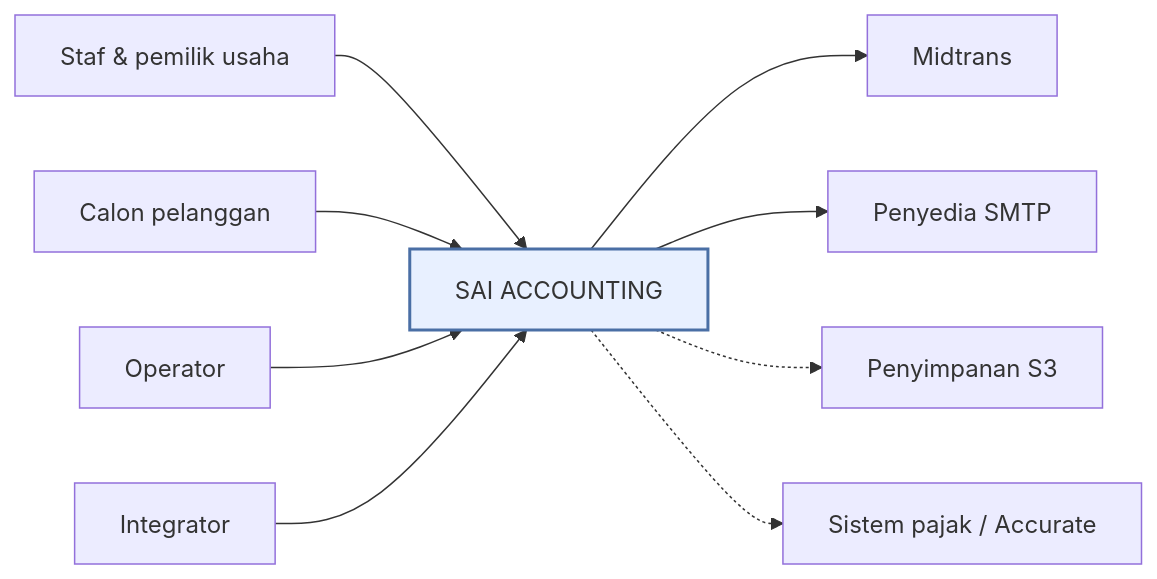
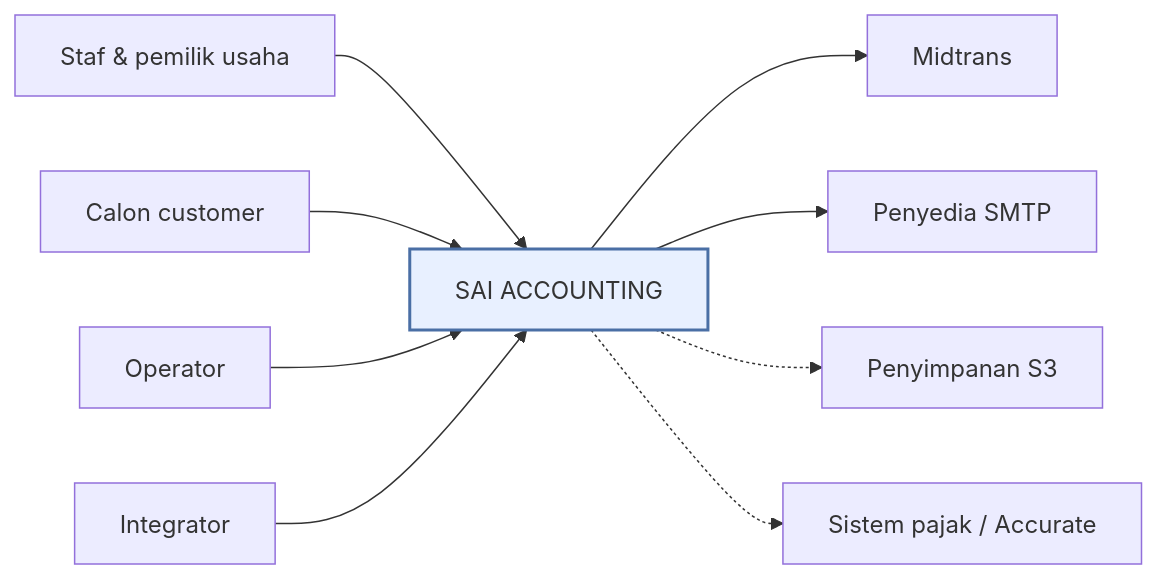
Before and after one commit to tri-evendi/sai-accounting: the first of 4 diagrams in docs/arsitektur/01-ARSITEKTUR.md, drawn with Mermaid. The commit also changed other lines of this file and 56 other files, not shown here.

````diff
--- a/docs/arsitektur/01-ARSITEKTUR.md
+++ b/docs/arsitektur/01-ARSITEKTUR.md
@@ -42,16 +42,16 @@
 ```mermaid
 graph LR
     STAF[Staf & pemilik usaha] --> SAI
-    CALON[Calon pelanggan] --> SAI
+    CALON[Calon customer] --> SAI
     OPS[Operator] --> SAI
     INT[Integrator] --> SAI
 
     SAI[SAI ACCOUNTING]
 
     SAI --> MT[Midtrans]
     SAI --> SMTP[Penyedia SMTP]
     SAI -.-> S3[Penyimpanan S3]
     SAI -.-> PAJAK[Sistem pajak / Accurate]
 
     style SAI fill:#e8f0ff,stroke:#4a6fa5,stroke-width:2px
 ```
````
